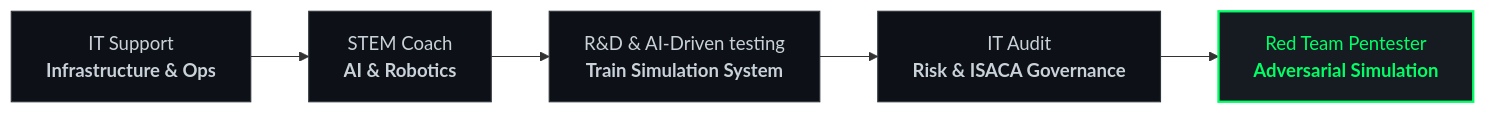
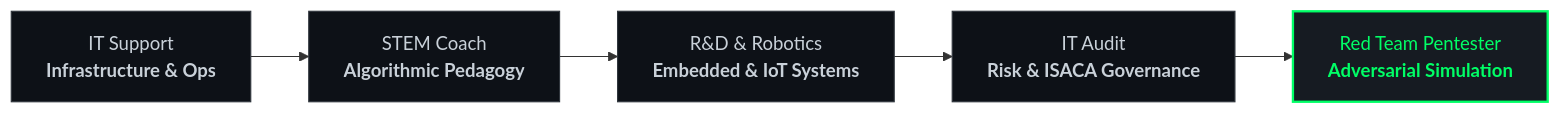
Before and after one commit to Hercules03/Hercules03: the diagram in README.md, drawn with Mermaid. The commit also changed other lines of this file and 2 other files, not shown here.

````diff
--- a/README.md
+++ b/README.md
@@ -23,13 +73,13 @@
 ```mermaid
 flowchart LR
-    A["IT Support<br/><b>Infrastructure & Ops</b>"] --> B["STEM Coach<br/><b>AI & Robotics</b>"]
-    B --> C["R&D & AI-Driven testing<br/><b>Train Simulation System</b>"]
+    A["IT Support<br/><b>Infrastructure & Ops</b>"] --> B["STEM Coach<br/><b>Algorithmic Pedagogy</b>"]
+    B --> C["R&D & Robotics<br/><b>Embedded & IoT Systems</b>"]
     C --> D["IT Audit<br/><b>Risk & ISACA Governance</b>"]
     D --> E["Red Team Pentester<br/><b>Adversarial Simulation</b>"]
 
     style A fill:#0d1117,stroke:#30363d,stroke-width:1px,color:#c9d1d9
     style B fill:#0d1117,stroke:#30363d,stroke-width:1px,color:#c9d1d9
     style C fill:#0d1117,stroke:#30363d,stroke-width:1px,color:#c9d1d9
     style D fill:#0d1117,stroke:#30363d,stroke-width:1px,color:#c9d1d9
     style E fill:#161b22,stroke:#00FF66,stroke-width:2px,color:#00FF66
 ```
````
